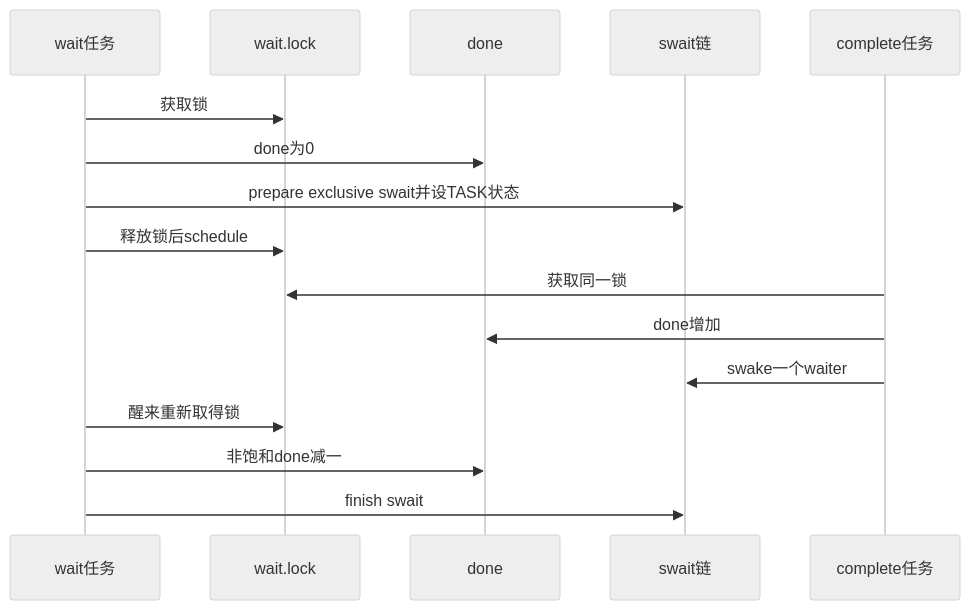
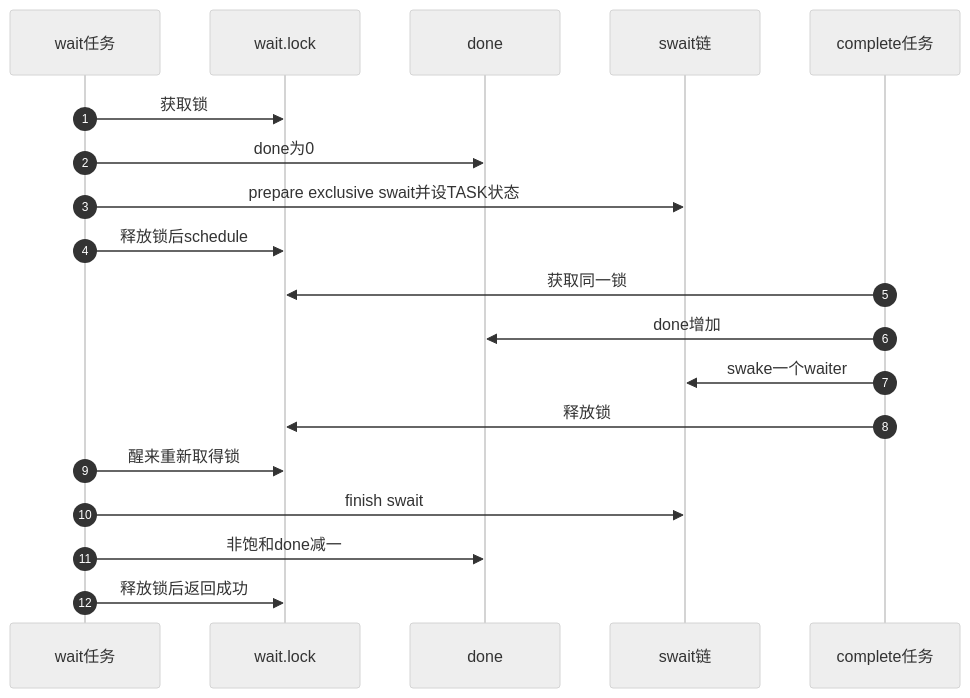
One commit to FormingSystem/linux_note changed the diagram in research/source_reading/waiting_notification/navigation/P03_Linux_6.12_completion模块源码概念导读.md. Above: the diagram before and after it, drawn with Mermaid (neutral theme). The commit also changed other lines of this file and 9 other files, not shown here.

````diff
--- a/research/source_reading/waiting_notification/navigation/P03_Linux_6.12_completion模块源码概念导读.md
+++ b/research/source_reading/waiting_notification/navigation/P03_Linux_6.12_completion模块源码概念导读.md
@@ -33,19 +33,22 @@
 ```mermaid
 sequenceDiagram
+    autonumber
     participant W as wait任务
     participant L as wait.lock
     participant D as done
     participant Q as swait链
     participant P as complete任务
 
     W->>L: 获取锁
     W->>D: done为0
     W->>Q: prepare exclusive swait并设TASK状态
     W->>L: 释放锁后schedule
     P->>L: 获取同一锁
     P->>D: done增加
     P->>Q: swake一个waiter
+    P->>L: 释放锁
     W->>L: 醒来重新取得锁
+    W->>Q: finish swait
     W->>D: 非饱和done减一
-    W->>Q: finish swait
+    W->>L: 释放锁后返回成功
 ```
````
